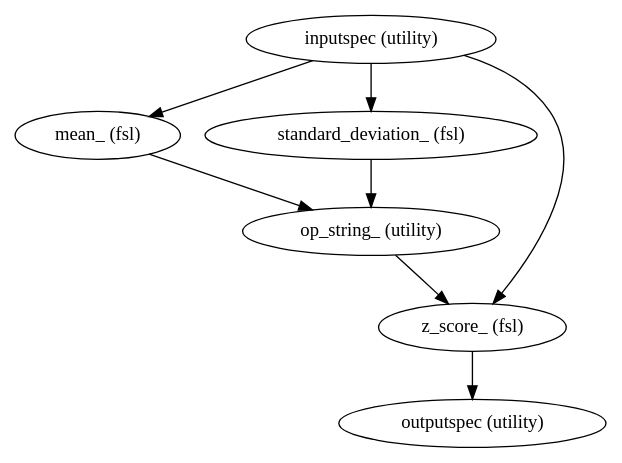
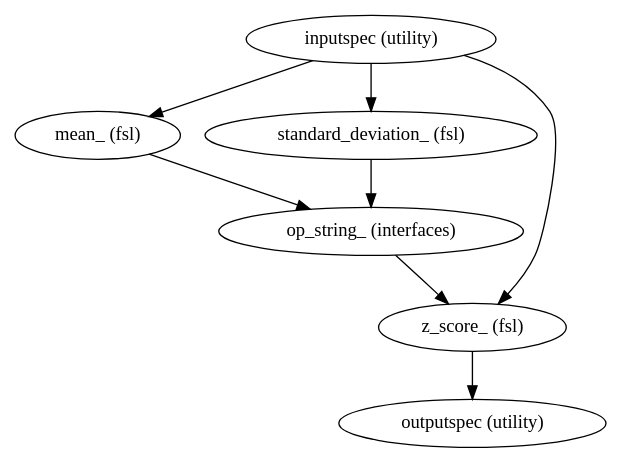
The diagram in docs/nightly/developer/images/generated/zscore.dot (FCP-INDI/fcp-indi.github.io), drawn with Graphviz before and after one commit. The commit also changed 280 other files, not shown here.

```diff
--- a/docs/nightly/developer/images/generated/zscore.dot
+++ b/docs/nightly/developer/images/generated/zscore.dot
@@ -1,15 +1,15 @@
-strict digraph  {
+strict digraph {
 "inputspec (utility)";
 "mean_ (fsl)";
 "standard_deviation_ (fsl)";
 "z_score_ (fsl)";
-"op_string_ (utility)";
+"op_string_ (interfaces)";
 "outputspec (utility)";
 "inputspec (utility)" -> "mean_ (fsl)";
 "inputspec (utility)" -> "standard_deviation_ (fsl)";
 "inputspec (utility)" -> "z_score_ (fsl)";
-"mean_ (fsl)" -> "op_string_ (utility)";
-"standard_deviation_ (fsl)" -> "op_string_ (utility)";
+"mean_ (fsl)" -> "op_string_ (interfaces)";
+"standard_deviation_ (fsl)" -> "op_string_ (interfaces)";
 "z_score_ (fsl)" -> "outputspec (utility)";
-"op_string_ (utility)" -> "z_score_ (fsl)";
+"op_string_ (interfaces)" -> "z_score_ (fsl)";
 }
```
